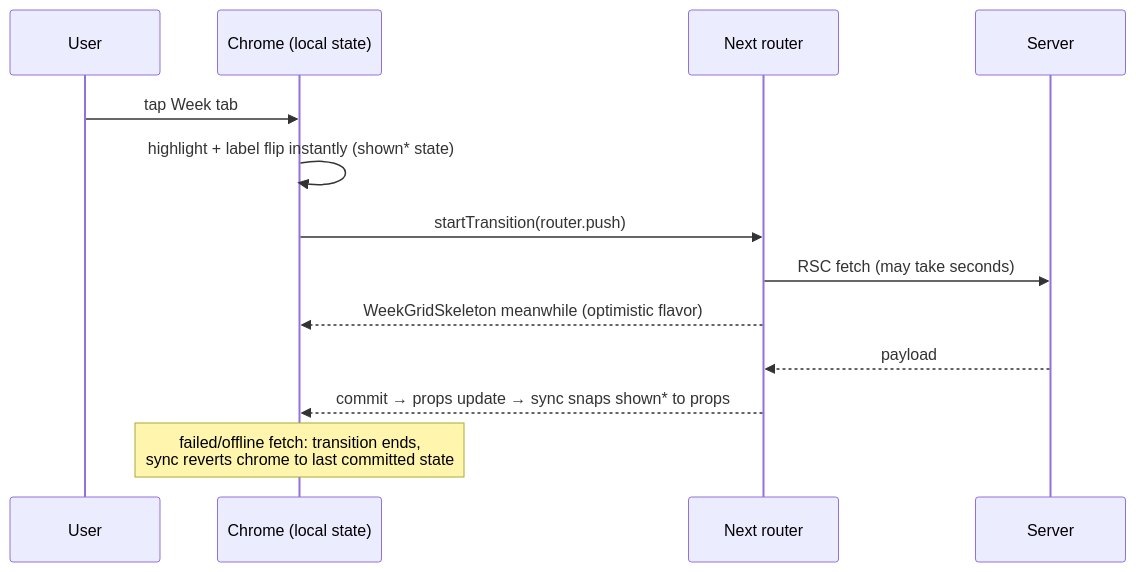
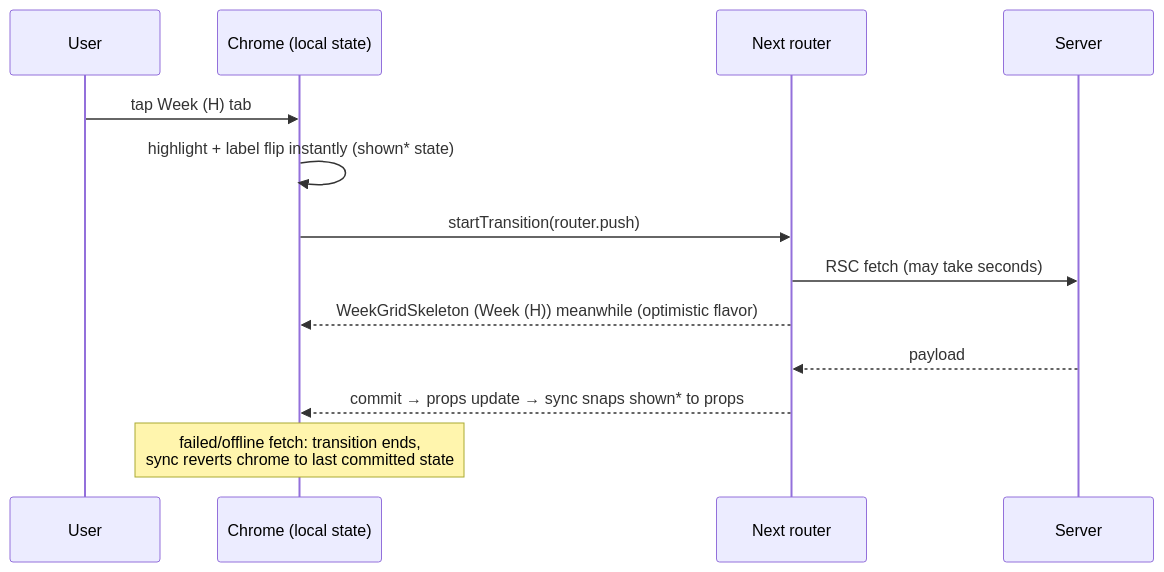
The third of 3 diagrams in docs/loading-transitions.md (oncloudnintynineone-source/cloudy2), drawn with Mermaid before and after one commit. The commit also changed other lines of this file and 13 other files, not shown here.

````diff
--- a/docs/loading-transitions.md
+++ b/docs/loading-transitions.md
@@ -239,15 +239,15 @@
 ```mermaid
 sequenceDiagram
     participant U as User
     participant C as Chrome (local state)
     participant N as Next router
     participant S as Server
-    U->>C: tap Week tab
+    U->>C: tap Week (H) tab
     C->>C: highlight + label flip instantly (shown* state)
     C->>N: startTransition(router.push)
     N->>S: RSC fetch (may take seconds)
-    N-->>C: WeekGridSkeleton meanwhile (optimistic flavor)
+    N-->>C: WeekGridSkeleton (Week (H)) meanwhile (optimistic flavor)
     S-->>N: payload
     N-->>C: commit → props update → sync snaps shown* to props
     Note over C: failed/offline fetch: transition ends,<br/>sync reverts chrome to last committed state
 ```
````
